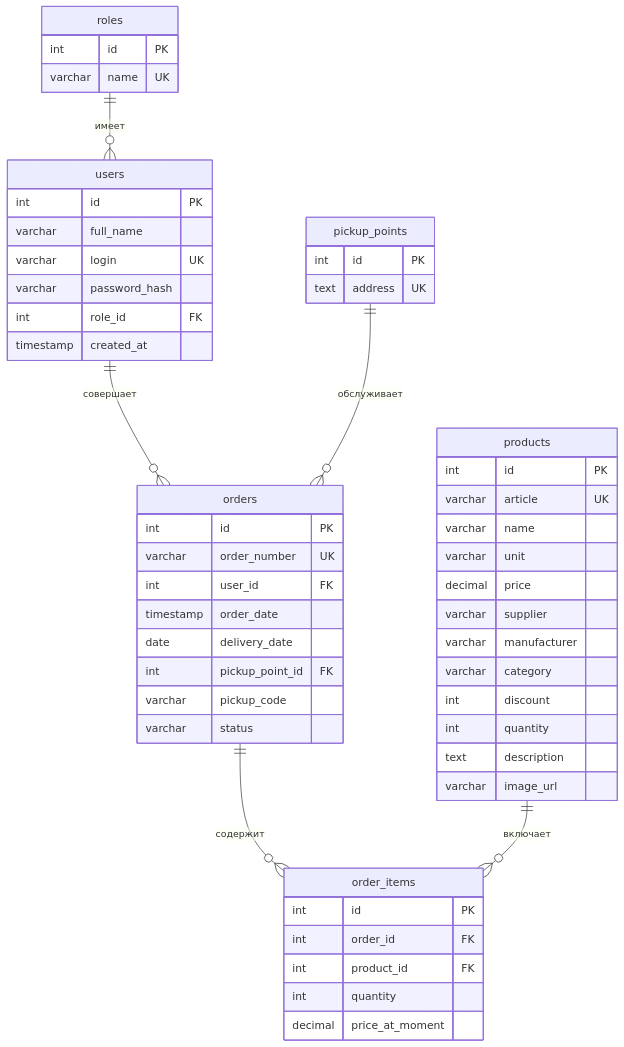
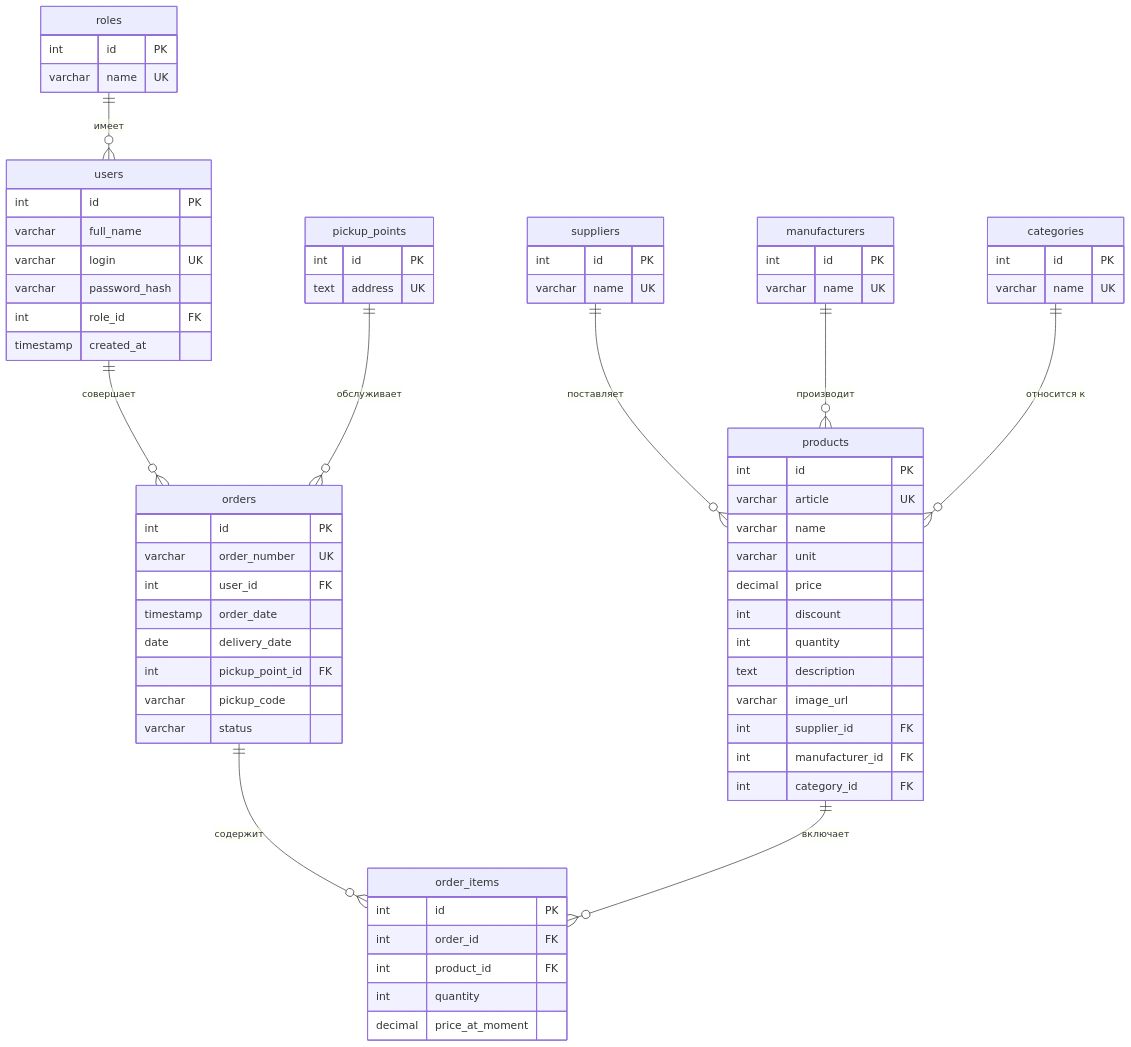
The diagram in README.md (JomsVik/Practika), drawn with Mermaid before and after one commit.

````diff
--- a/README.md
+++ b/README.md
@@ -1,61 +1,79 @@
 ```mermaid
 erDiagram
     roles {
         int id PK
         varchar name UK
     }
 
     pickup_points {
         int id PK
         text address UK
     }
 
     users {
         int id PK
         varchar full_name
         varchar login UK
         varchar password_hash
         int role_id FK
         timestamp created_at
     }
 
+    suppliers {
+        int id PK
+        varchar name UK
+    }
+
+    manufacturers {
+        int id PK
+        varchar name UK
+    }
+
+    categories {
+        int id PK
+        varchar name UK
+    }
+
     products {
         int id PK
         varchar article UK
         varchar name
         varchar unit
         decimal price
-        varchar supplier
-        varchar manufacturer
-        varchar category
         int discount
         int quantity
         text description
         varchar image_url
+        int supplier_id FK
+        int manufacturer_id FK
+        int category_id FK
     }
 
     orders {
         int id PK
         varchar order_number UK
         int user_id FK
         timestamp order_date
         date delivery_date
         int pickup_point_id FK
         varchar pickup_code
         varchar status
     }
 
     order_items {
         int id PK
         int order_id FK
         int product_id FK
         int quantity
         decimal price_at_moment
     }
 
     roles ||--o{ users : "имеет"
     users ||--o{ orders : "совершает"
     pickup_points ||--o{ orders : "обслуживает"
     orders ||--o{ order_items : "содержит"
     products ||--o{ order_items : "включает"
+    suppliers ||--o{ products : "поставляет"
+    manufacturers ||--o{ products : "производит"
+    categories ||--o{ products : "относится к"
 ```
````
